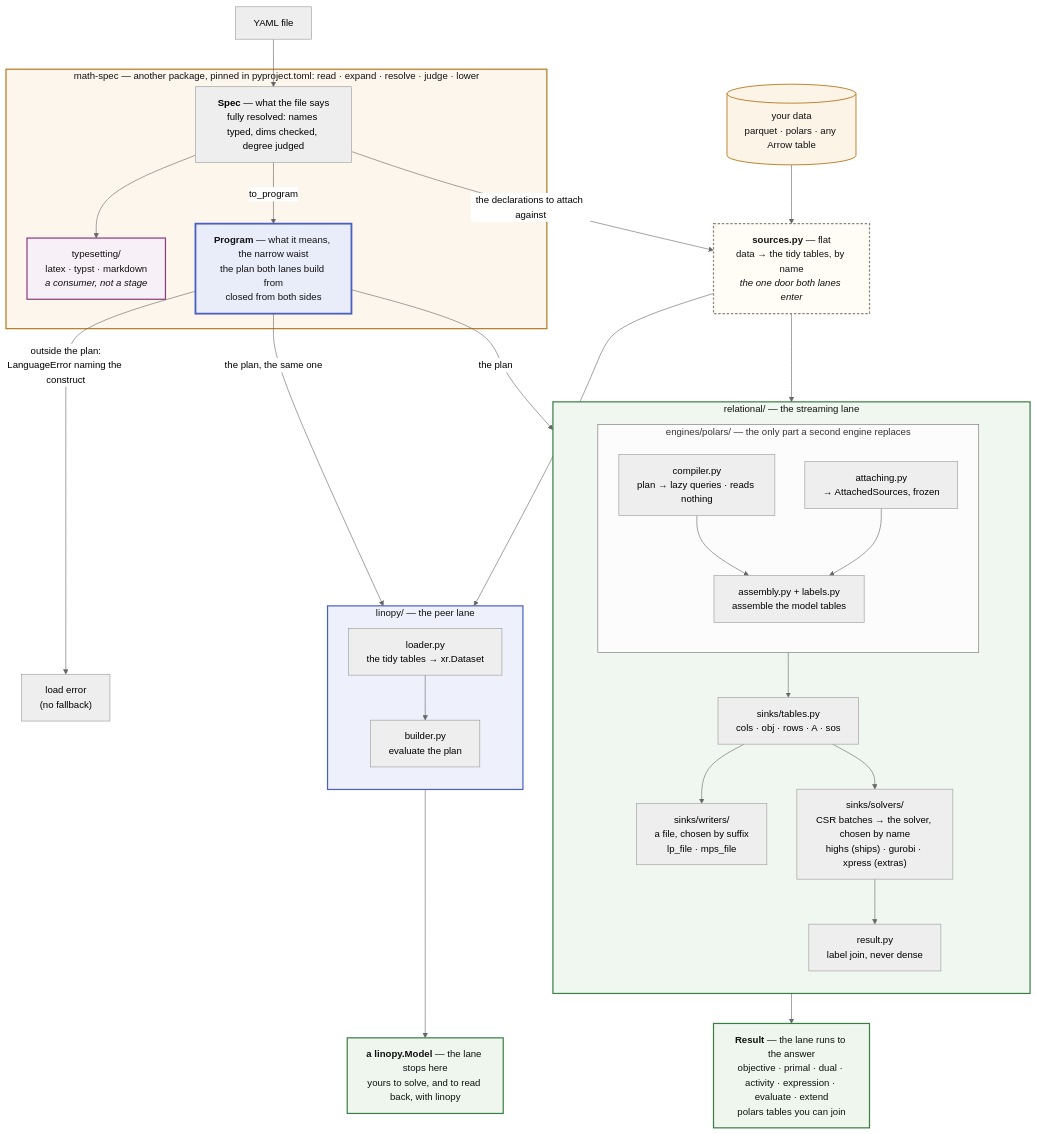
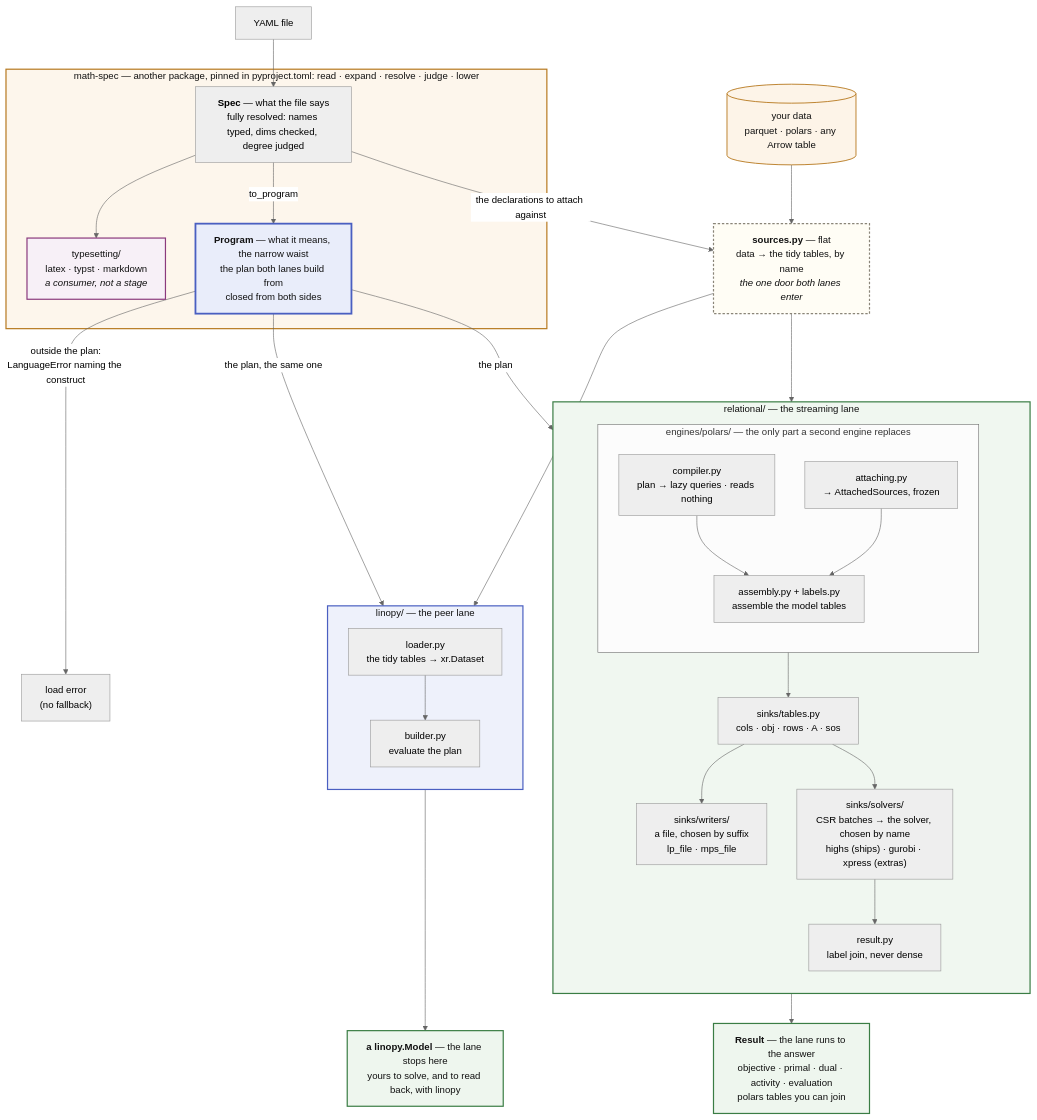
The first of 2 diagrams in docs/about/architecture.md (fluxopt/lpspec), drawn with Mermaid (neutral theme) before and after one commit. The commit also changed other lines of this file and 19 other files, not shown here.

````diff
--- a/docs/about/architecture.md
+++ b/docs/about/architecture.md
@@ -60,59 +60,59 @@
 ```mermaid
 flowchart TB
     Y[YAML file] --> SPEC
     DATA[("your data<br/>parquet · polars · any Arrow table")] --> SRC
 
     subgraph MS["math-spec — another package, pinned in pyproject.toml: read · expand · resolve · judge · lower"]
         SPEC["<b>Spec</b> — what the file says<br/>fully resolved: names typed, dims checked, degree judged"]
         SPEC --> TS["typesetting/<br/>latex · typst · markdown<br/><i>a consumer, not a stage</i>"]
         SPEC -->|"to_program"| PLAN["<b>Program</b> — what it means, the narrow waist<br/>the plan both lanes build from<br/>closed from both sides"]
     end
 
     SPEC -->|"the declarations to attach against"| SRC
     SRC["<b>sources.py</b> — flat<br/>data → the tidy tables, by name<br/><i>the one door both lanes enter</i>"]
 
     PLAN -->|"outside the plan:<br/>LanguageError naming the construct"| ERR["load error<br/>(no fallback)"]
     PLAN -->|"the plan"| COMP
     SRC --> ATTACH
     PLAN -->|"the plan, the same one"| BUILD
     SRC --> LOAD
 
     subgraph REL["relational/ — the streaming lane"]
         direction TB
         subgraph ENG["engines/polars/ — the only part a second engine replaces"]
             direction TB
             COMP["compiler.py<br/>plan → lazy queries · reads nothing"] --> ENGINE
             ATTACH["attaching.py<br/>→ AttachedSources, frozen"] --> ENGINE["assembly.py + labels.py<br/>assemble the model tables"]
         end
         ENG --> TABLES["sinks/tables.py<br/>cols · obj · rows · A · sos"]
         TABLES --> LPS["sinks/writers/<br/>a file, chosen by suffix<br/>lp_file · mps_file"]
         TABLES --> DIRECT["sinks/solvers/<br/>CSR batches → the solver, chosen by name<br/>highs (ships) · gurobi · xpress (extras)"]
         DIRECT --> SOL["result.py<br/>label join, never dense"]
     end
 
-    SOL --> ANS["<b>Result</b> — the lane runs to the answer<br/>objective · primal · dual · activity · expression · evaluate · extend<br/>polars tables you can join"]
+    SOL --> ANS["<b>Result</b> — the lane runs to the answer<br/>objective · primal · dual · activity · evaluation<br/>polars tables you can join"]
 
     subgraph LIN["linopy/ — the peer lane"]
         direction TB
         LOAD["loader.py<br/>the tidy tables → xr.Dataset"] --> BUILD["builder.py<br/>evaluate the plan"]
     end
 
     BUILD --> MODEL["<b>a linopy.Model</b> — the lane stops here<br/>yours to solve, and to read back, with linopy"]
 
     classDef laneL fill:#fdf6ec,stroke:#b7791f,stroke-width:2px,color:#111
     classDef laneR fill:#f0f7f0,stroke:#3a7d44,stroke-width:2px,color:#111
     classDef laneE fill:#eef1fb,stroke:#4a5fc1,stroke-width:2px,color:#111
     classDef laneT fill:#f7f0f7,stroke:#8b3a7d,stroke-width:2px,color:#111
     classDef waist fill:#e9edfa,stroke:#4a5fc1,stroke-width:3px,color:#111
     classDef flat fill:#fffdf5,stroke:#8a8578,stroke-width:2px,stroke-dasharray:4 3,color:#111
     classDef data fill:#fdf4e8,stroke:#b7791f,stroke-width:1.5px,color:#111
     classDef out fill:#eef6ee,stroke:#3a7d44,stroke-width:2px,color:#111
     class MS laneL
     class REL laneR
     class LIN laneE
     class TS laneT
     class PLAN waist
     class SRC flat
     class DATA data
     class ANS,MODEL out
 ```
````
